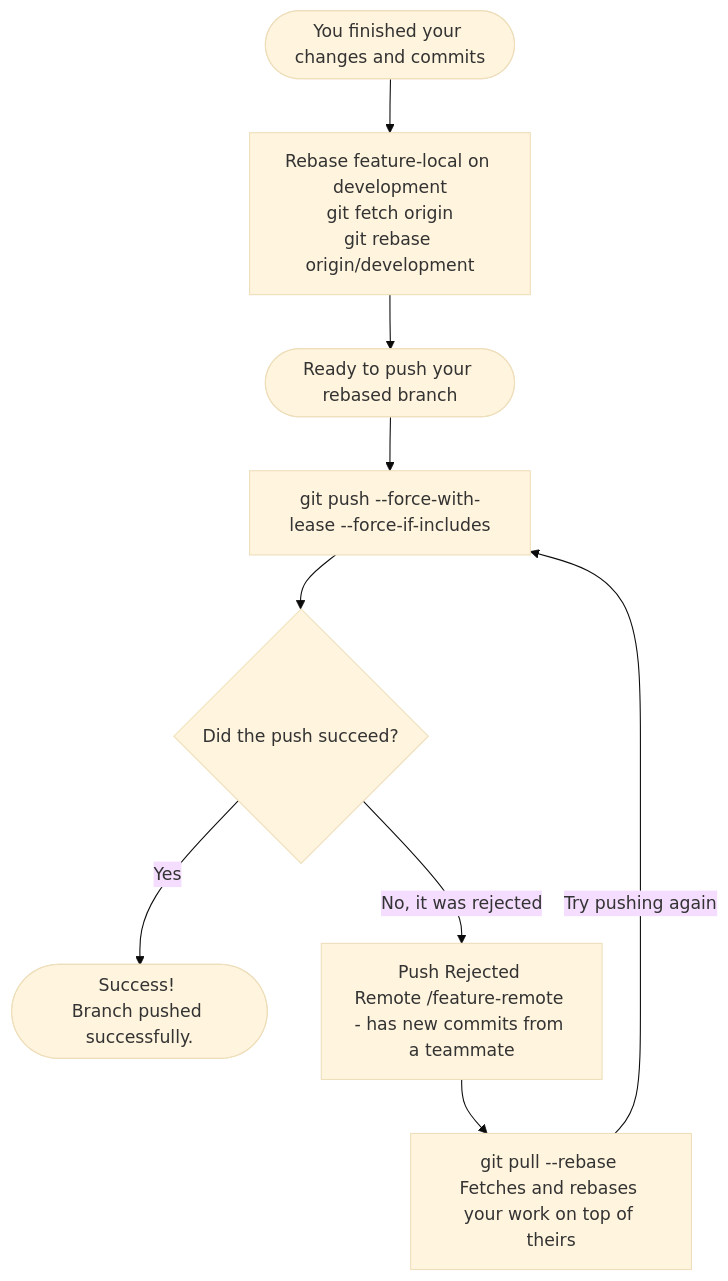
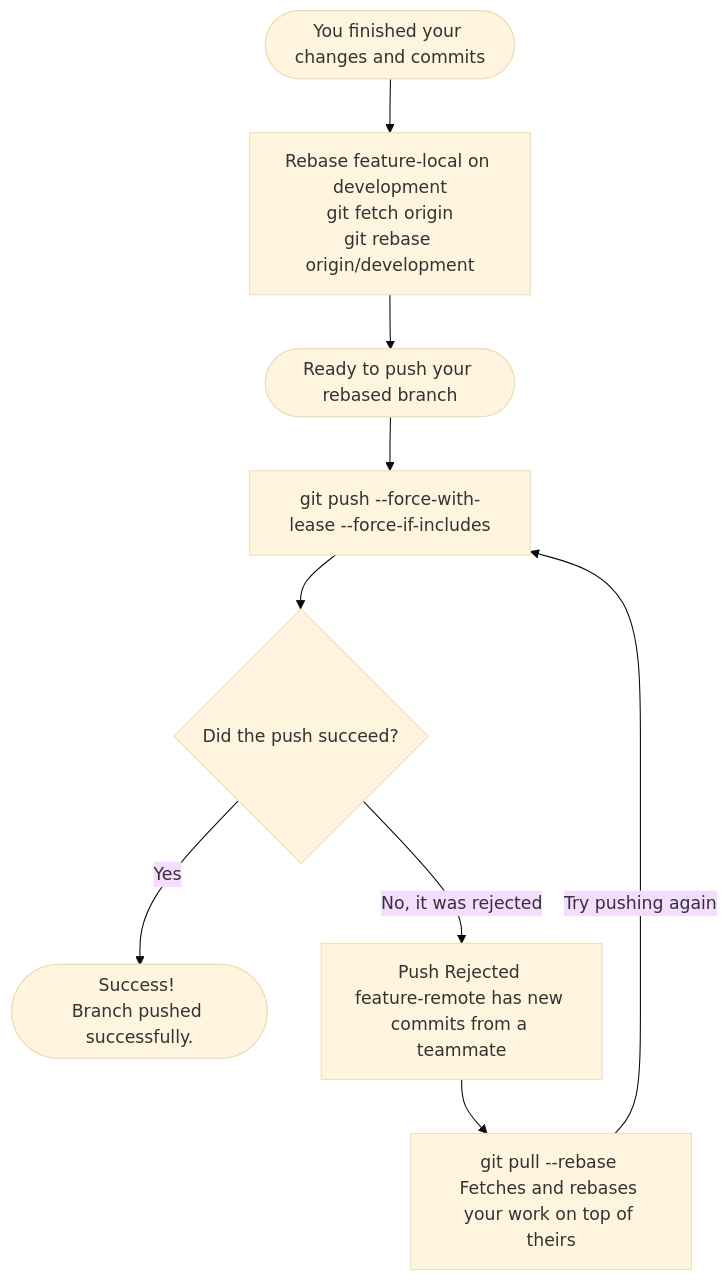
The second of 14 diagrams in README.md (zurcacielos/git-rebase-explained-to-infinity), drawn with Mermaid (base theme) before and after one commit.

Commit message:
simplify for clarity

````diff
--- a/README.md
+++ b/README.md
@@ -81,18 +81,18 @@
 ```mermaid
 flowchart TD
     Start([You finished your changes and commits]) --> RebaseLocal[Rebase feature-local on development<br>git fetch origin<br>git rebase origin/development]
     
     RebaseLocal --> Ready([Ready to push your rebased branch])
     
     Ready --> Push1[git push --force-with-lease --force-if-includes]
     
     Push1 --> Check1{Did the push succeed?}
     
     Check1 -- Yes --> Success1([Success! <br>Branch pushed successfully.])
     
-    Check1 -- No, it was rejected --> Rejected[Push Rejected <br>Remote /feature-remote - has new commits from a teammate]
+    Check1 -- No, it was rejected --> Rejected[Push Rejected <br>feature-remote has new commits from a teammate]
     
     Rejected --> PullRebase[git pull --rebase <br>Fetches and rebases your work on top of theirs]
     
     PullRebase -->|Try pushing again| Push1
 ```
````
